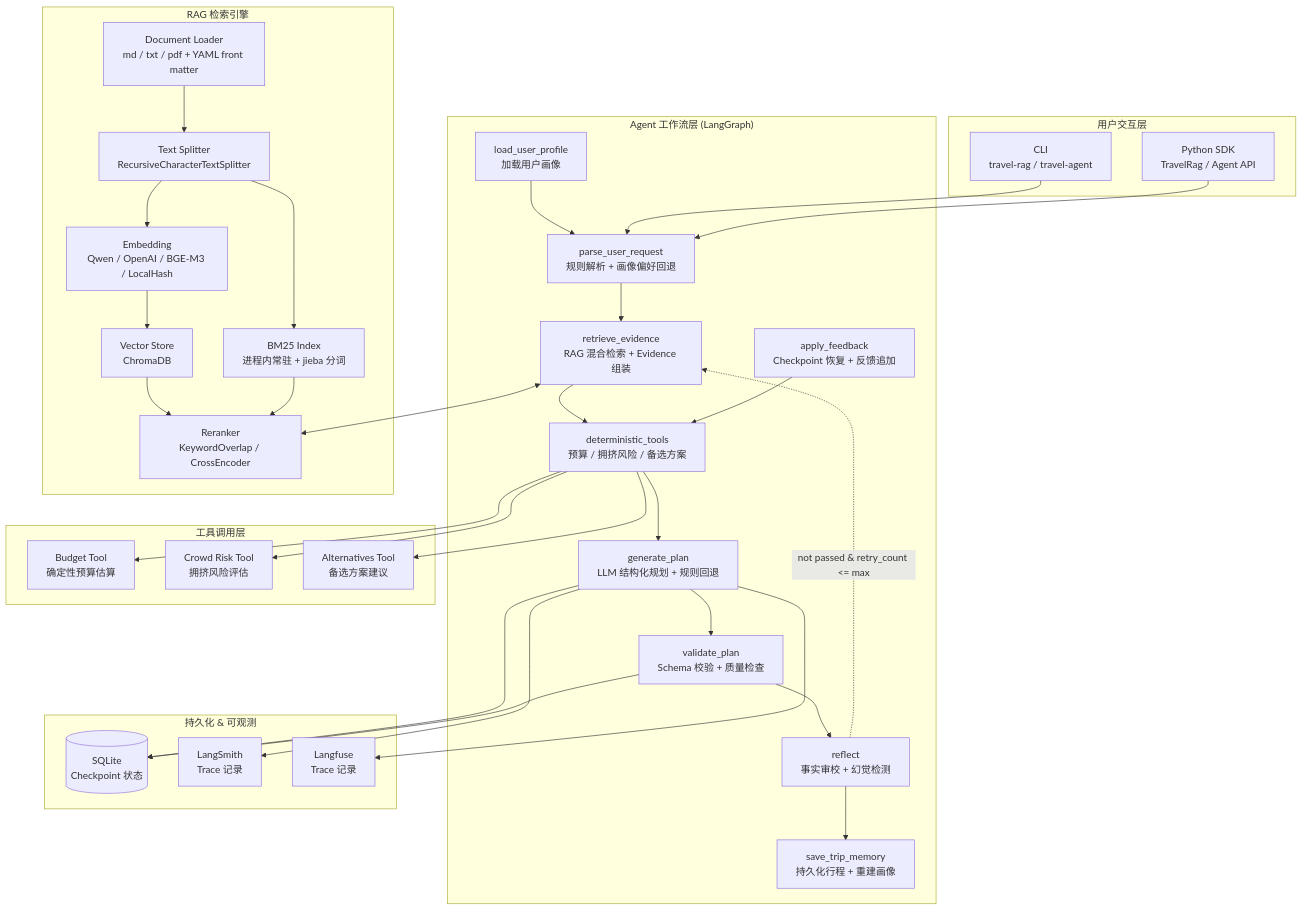
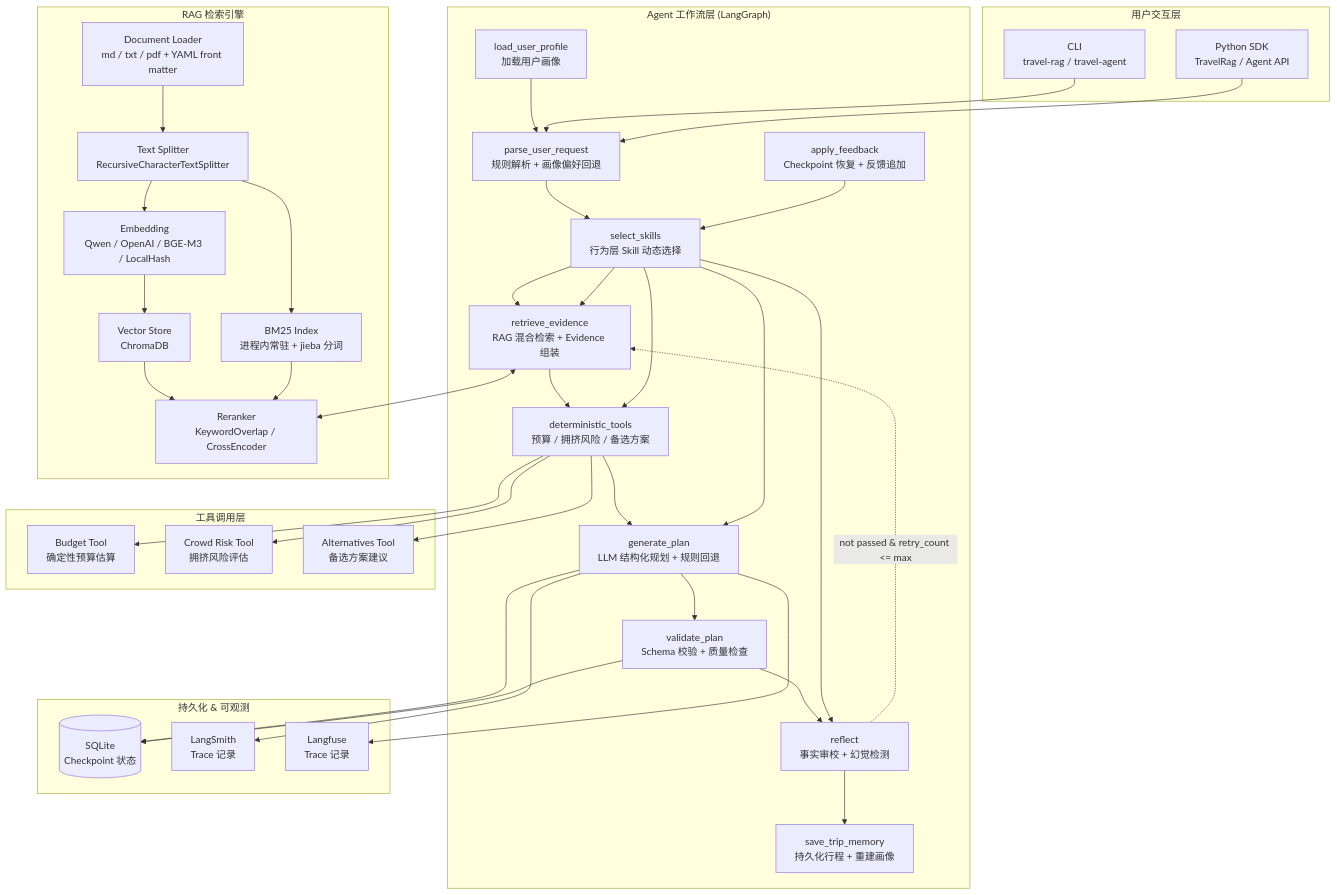
One commit to camellia-ssj/travel-planner-agent changed the first of 4 diagrams in README.md. Above: the diagram before and after it, drawn with Mermaid. The commit also changed other lines of this file and 45 other files, not shown here.

````diff
--- a/README.md
+++ b/README.md
@@ -56,60 +58,65 @@
 ```mermaid
 graph TB
     subgraph "用户交互层"
         CLI["CLI<br/>travel-rag / travel-agent"]
         API["Python SDK<br/>TravelRag / Agent API"]
     end
 
     subgraph "Agent 工作流层 (LangGraph)"
         MEMORY_LOAD["load_user_profile<br/>加载用户画像"]
         PARSE["parse_user_request<br/>规则解析 + 画像偏好回退"]
+        SKILLS["select_skills<br/>行为层 Skill 动态选择"]
         RETRIEVE["retrieve_evidence<br/>RAG 混合检索 + Evidence 组装"]
         TOOLS["deterministic_tools<br/>预算 / 拥挤风险 / 备选方案"]
         GENERATE["generate_plan<br/>LLM 结构化规划 + 规则回退"]
         VALIDATE["validate_plan<br/>Schema 校验 + 质量检查"]
         REFLECT["reflect<br/>事实审校 + 幻觉检测"]
         MEMORY_SAVE["save_trip_memory<br/>持久化行程 + 重建画像"]
         FEEDBACK["apply_feedback<br/>Checkpoint 恢复 + 反馈追加"]
 
-        MEMORY_LOAD --> PARSE --> RETRIEVE --> TOOLS --> GENERATE --> VALIDATE --> REFLECT --> MEMORY_SAVE
+        MEMORY_LOAD --> PARSE --> SKILLS --> RETRIEVE --> TOOLS --> GENERATE --> VALIDATE --> REFLECT --> MEMORY_SAVE
         REFLECT -.->|"not passed & retry_count <= max"| RETRIEVE
-        FEEDBACK --> TOOLS
+        FEEDBACK --> SKILLS
     end
 
     subgraph "RAG 检索引擎"
         LOADER["Document Loader<br/>md / txt / pdf + YAML front matter"]
         SPLITTER["Text Splitter<br/>RecursiveCharacterTextSplitter"]
         EMBED["Embedding<br/>Qwen / OpenAI / BGE-M3 / LocalHash"]
         VECTOR["Vector Store<br/>ChromaDB"]
         BM25["BM25 Index<br/>进程内常驻 + jieba 分词"]
         RERANK["Reranker<br/>KeywordOverlap / CrossEncoder"]
 
         LOADER --> SPLITTER --> EMBED --> VECTOR
         SPLITTER --> BM25
         VECTOR --> RERANK
         BM25 --> RERANK
     end
 
     subgraph "工具调用层"
         BUDGET["Budget Tool<br/>确定性预算估算"]
         CROWD["Crowd Risk Tool<br/>拥挤风险评估"]
         ALT["Alternatives Tool<br/>备选方案建议"]
     end
 
     subgraph "持久化 & 可观测"
         SQLITE[("SQLite<br/>Checkpoint 状态")]
         LANGSMITH["LangSmith<br/>Trace 记录"]
         LANGFUSE["Langfuse<br/>Trace 记录"]
     end
 
     CLI --> PARSE
     API --> PARSE
+    SKILLS --> RETRIEVE
+    SKILLS --> TOOLS
+    SKILLS --> GENERATE
+    SKILLS --> REFLECT
     RETRIEVE <--> RERANK
     TOOLS --> BUDGET
     TOOLS --> CROWD
     TOOLS --> ALT
     GENERATE --> SQLITE
     VALIDATE --> SQLITE
     GENERATE --> LANGSMITH
     GENERATE --> LANGFUSE
 ```
````
